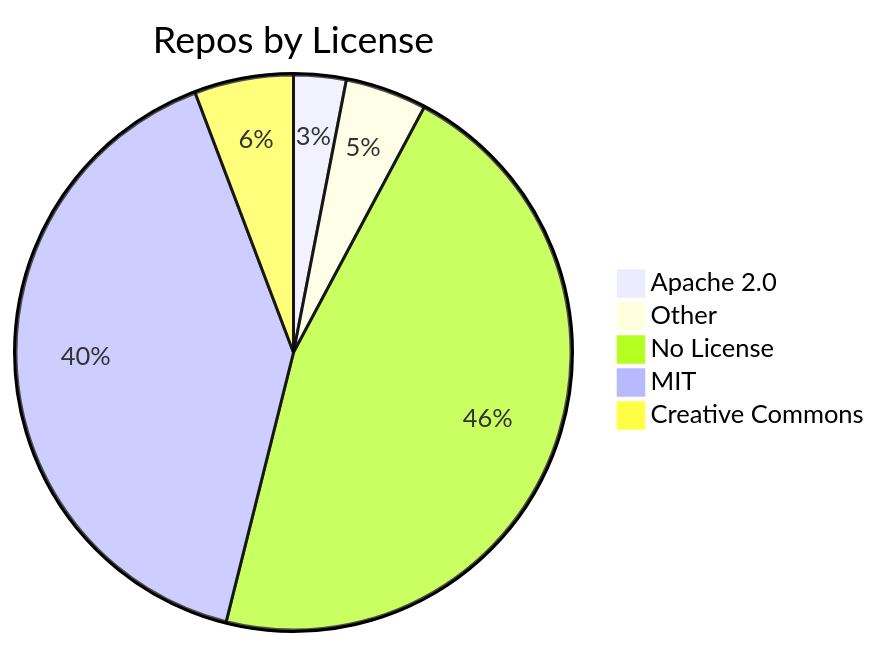
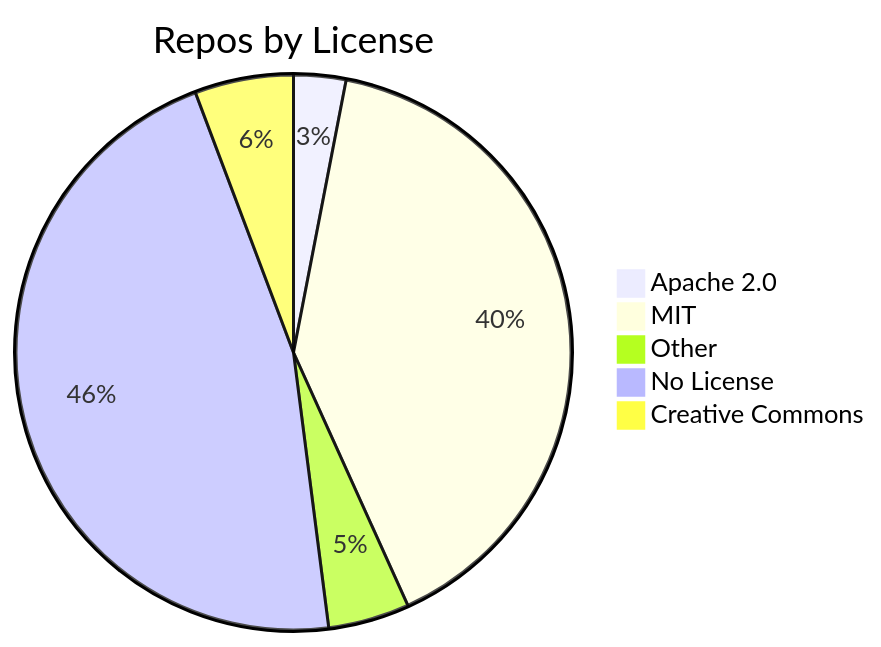
The diagram in README.md (jpatterson933/awesome-mcp-server-repo-index), drawn with Mermaid before and after one commit. The commit also changed other lines of this file and 3 other files, not shown here.

````diff
--- a/README.md
+++ b/README.md
@@ -29,8 +29,8 @@
 ```mermaid
 pie title Repos by License
     "Apache 2.0" : 9
+    "MIT" : 119
     "Other" : 14
-    "No License" : 136
-    "MIT" : 119
+    "No License" : 137
     "Creative Commons" : 17
 ```
````
